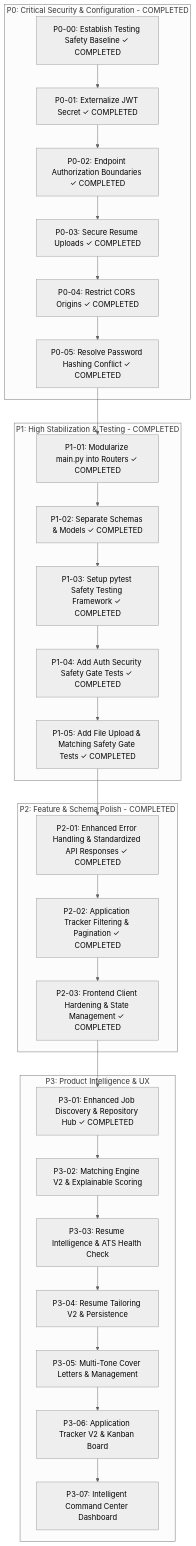
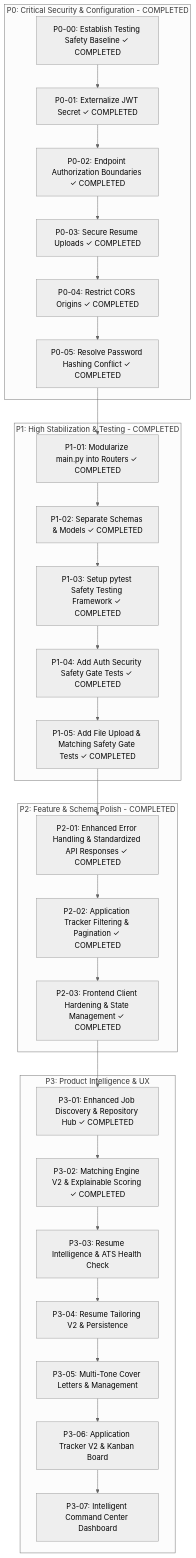
Before and after one commit to AlvinMutie/Job-seer: the diagram in docs/ROADMAP.md, drawn with Mermaid (neutral theme). The commit also changed other lines of this file and 42 other files, not shown here.

Commit message:
feat: implement Matching Engine V2 with explainable multi-factor scoring and UI support

````diff
--- a/docs/ROADMAP.md
+++ b/docs/ROADMAP.md
@@ -9,37 +9,37 @@
 ```mermaid
 flowchart TD
     subgraph P0 [P0: Critical Security & Configuration - COMPLETED]
         P0-00[P0-00: Establish Testing Safety Baseline ✓ COMPLETED]
         P0-01[P0-01: Externalize JWT Secret ✓ COMPLETED]
         P0-02[P0-02: Endpoint Authorization Boundaries ✓ COMPLETED]
         P0-03[P0-03: Secure Resume Uploads ✓ COMPLETED]
         P0-04[P0-04: Restrict CORS Origins ✓ COMPLETED]
         P0-05[P0-05: Resolve Password Hashing Conflict ✓ COMPLETED]
     end
 
     subgraph P1 [P1: High Stabilization & Testing - COMPLETED]
         P1-01[P1-01: Modularize main.py into Routers ✓ COMPLETED]
         P1-02[P1-02: Separate Schemas & Models ✓ COMPLETED]
         P1-03[P1-03: Setup pytest Safety Testing Framework ✓ COMPLETED]
         P1-04[P1-04: Add Auth Security Safety Gate Tests ✓ COMPLETED]
         P1-05[P1-05: Add File Upload & Matching Safety Gate Tests ✓ COMPLETED]
     end
 
     subgraph P2 [P2: Feature & Schema Polish - COMPLETED]
         P2-01[P2-01: Enhanced Error Handling & Standardized API Responses ✓ COMPLETED]
         P2-02[P2-02: Application Tracker Filtering & Pagination ✓ COMPLETED]
         P2-03[P2-03: Frontend Client Hardening & State Management ✓ COMPLETED]
     end
 
     subgraph P3 [P3: Product Intelligence & UX]
         P3-01[P3-01: Enhanced Job Discovery & Repository Hub ✓ COMPLETED]
-        P3-02[P3-02: Matching Engine V2 & Explainable Scoring]
+        P3-02[P3-02: Matching Engine V2 & Explainable Scoring ✓ COMPLETED]
         P3-03[P3-03: Resume Intelligence & ATS Health Check]
         P3-04[P3-04: Resume Tailoring V2 & Persistence]
         P3-05[P3-05: Multi-Tone Cover Letters & Management]
         P3-06[P3-06: Application Tracker V2 & Kanban Board]
         P3-07[P3-07: Intelligent Command Center Dashboard]
     end
 
     P0-00 --> P0-01 --> P0-02 --> P0-03 --> P0-04 --> P0-05 --> P1-01 --> P1-02 --> P1-03 --> P1-04 --> P1-05 --> P2-01 --> P2-02 --> P2-03 --> P3-01 --> P3-02 --> P3-03 --> P3-04 --> P3-05 --> P3-06 --> P3-07
 ```
````
